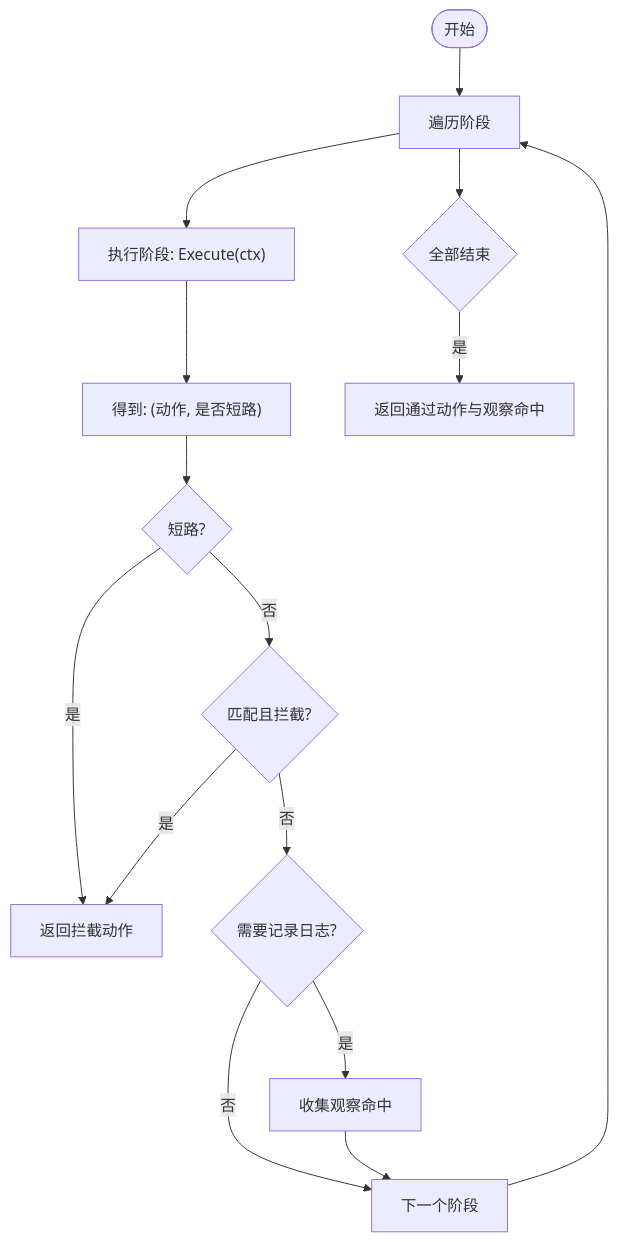
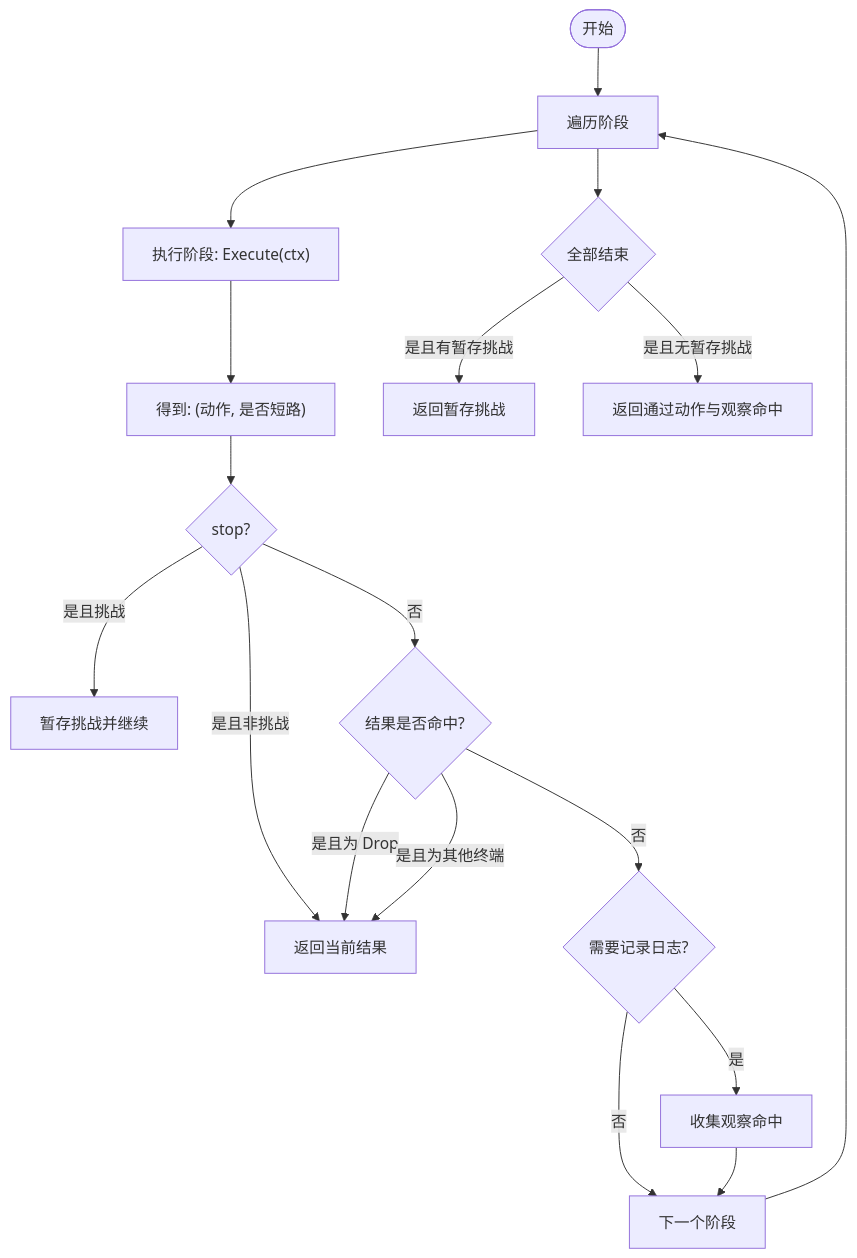
The fourth of 7 diagrams in docs/WAF 引擎系统/引擎核心架构/管道执行机制.md (x01n/My-OpenWaf), drawn with Mermaid before and after one commit. The commit also changed other lines of this file and 354 other files, not shown here.

````diff
--- a/docs/WAF 引擎系统/引擎核心架构/管道执行机制.md
+++ b/docs/WAF 引擎系统/引擎核心架构/管道执行机制.md
@@ -198,17 +200,20 @@
 ```mermaid
 flowchart TD
 Start(["开始"]) --> ForEach["遍历阶段"]
 ForEach --> Exec["执行阶段: Execute(ctx)"]
 Exec --> Result["得到: (动作, 是否短路)"]
-Result --> Short{"短路?"}
-Short --> |是| ReturnInt["返回拦截动作"]
-Short --> |否| Matched{"匹配且拦截?"}
-Matched --> |是| ReturnInt
+Result --> Short{"stop?"}
+Short --> |是且非挑战| ReturnInt["返回当前结果"]
+Short --> |是且挑战| Hold["暂存挑战并继续"]
+Short --> |否| Matched{"结果是否命中?"}
+Matched --> |是且为 Drop| ReturnInt
+Matched --> |是且为其他终端| ReturnInt
 Matched --> |否| Log{"需要记录日志?"}
 Log --> |是| Collect["收集观察命中"]
 Log --> |否| Next["下一个阶段"]
 Collect --> Next
 Next --> ForEach
 ForEach --> Done{"全部结束"}
-Done --> |是| ReturnPass["返回通过动作与观察命中"]
+Done --> |是且有暂存挑战| ReturnChallenge["返回暂存挑战"]
+Done --> |是且无暂存挑战| ReturnPass["返回通过动作与观察命中"]
 ```
````
